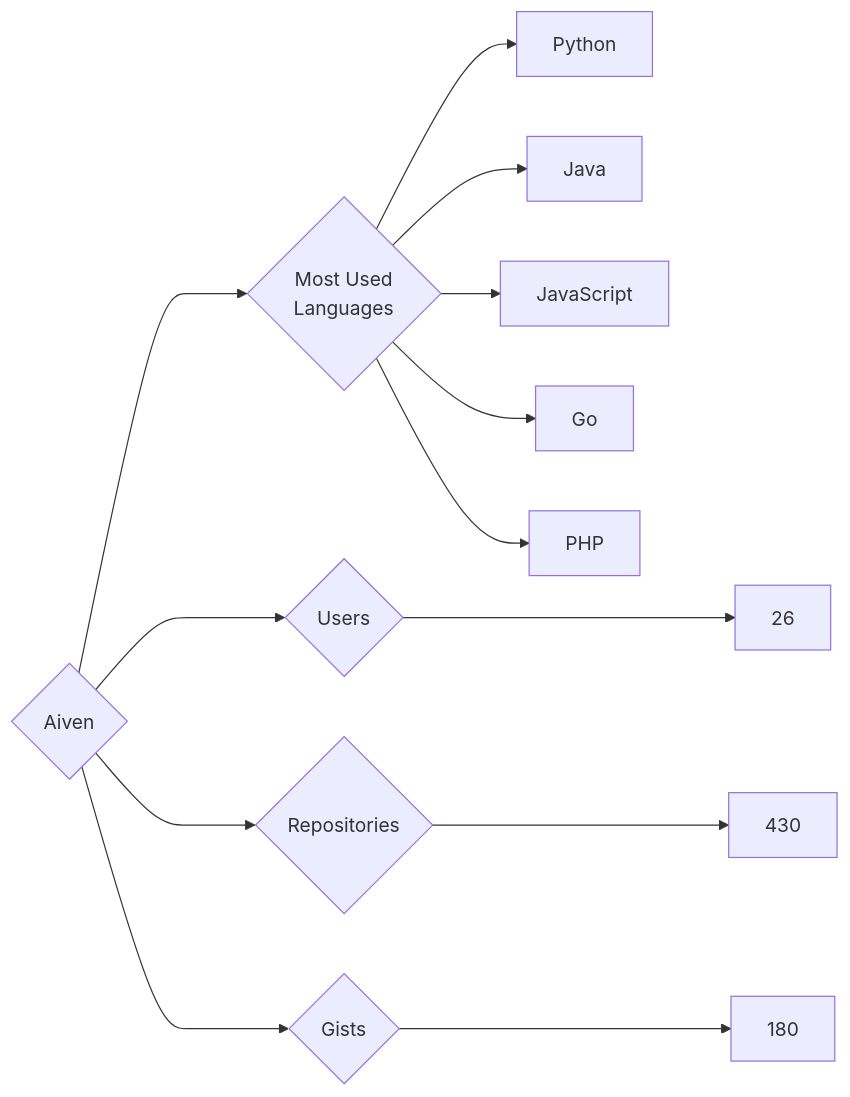
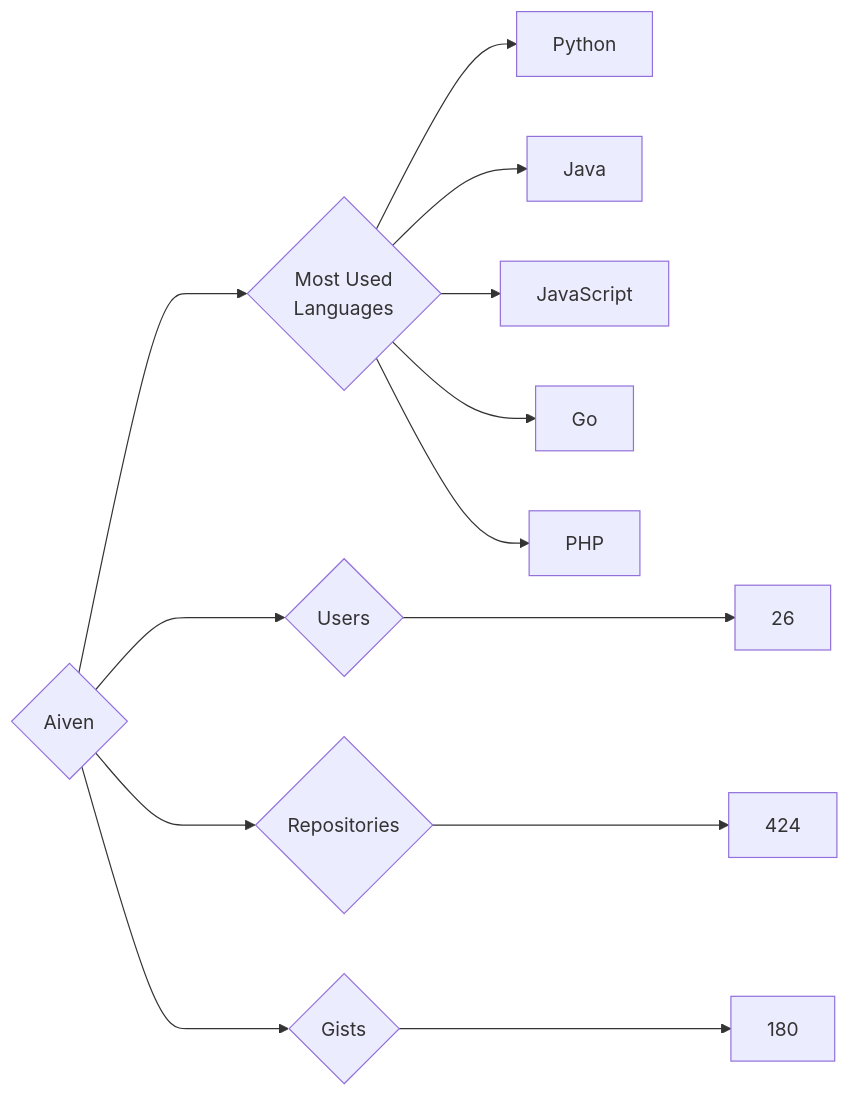
One commit to trickest/insiders changed the diagram in targets/Aiven/README.md. Above: the diagram before and after it, drawn with Mermaid. The commit also changed 1020 other files, not shown here.

````diff
--- a/targets/Aiven/README.md
+++ b/targets/Aiven/README.md
@@ -3,13 +3,13 @@
 ```mermaid
 graph LR
 COMPANY_NAME{Aiven}
 COMPANY_NAME ---> U{Users} ---> UN[26]
-COMPANY_NAME ---> R{Repositories} ---> RN[430]
+COMPANY_NAME ---> R{Repositories} ---> RN[424]
 COMPANY_NAME ---> G{Gists} ---> GN[180]
 COMPANY_NAME ---> ML{Most Used<br>Languages}
 ML --> Python[Python]
 ML --> Java[Java]
 ML --> JavaScript[JavaScript]
 ML --> Go[Go]
 ML --> PHP[PHP]
 ```
````
